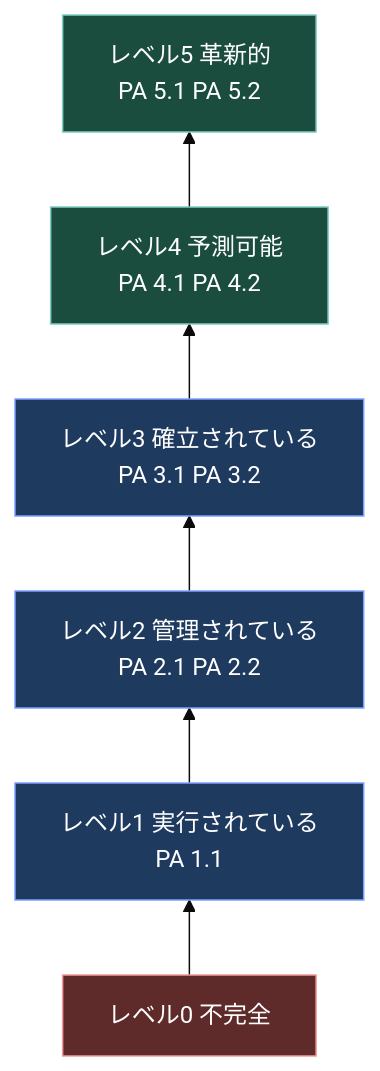
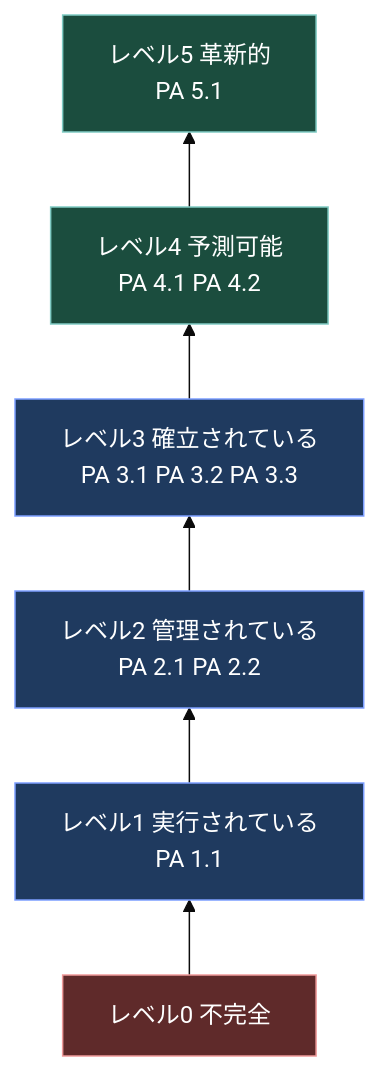
One commit to myoshi2891/Quality-Assurance-Studies changed the fifth of 9 diagrams in Iso-33063-fdis-guide.md. Above: the diagram before and after it, drawn with Mermaid (base theme). The commit also changed other lines of this file and 1 other file, not shown here.

````diff
--- a/Iso-33063-fdis-guide.md
+++ b/Iso-33063-fdis-guide.md
@@ -297,15 +298,15 @@
 ```mermaid
 flowchart BT
     LV0["レベル0 不完全"] --> LV1["レベル1 実行されている<br/>PA 1.1"]
     LV1 --> LV2["レベル2 管理されている<br/>PA 2.1 PA 2.2"]
-    LV2 --> LV3["レベル3 確立されている<br/>PA 3.1 PA 3.2"]
+    LV2 --> LV3["レベル3 確立されている<br/>PA 3.1 PA 3.2 PA 3.3"]
     LV3 --> LV4["レベル4 予測可能<br/>PA 4.1 PA 4.2"]
-    LV4 --> LV5["レベル5 革新的<br/>PA 5.1 PA 5.2"]
+    LV4 --> LV5["レベル5 革新的<br/>PA 5.1"]
 
     classDef lo fill:#5f2a2a,stroke:#ef9a9a,color:#ffffff
     classDef mid fill:#1f3a5f,stroke:#7c9eff,color:#ffffff
     classDef hi fill:#1b4d3e,stroke:#80cbc4,color:#ffffff
     class LV0 lo
     class LV1,LV2,LV3 mid
     class LV4,LV5 hi
 ```
````
